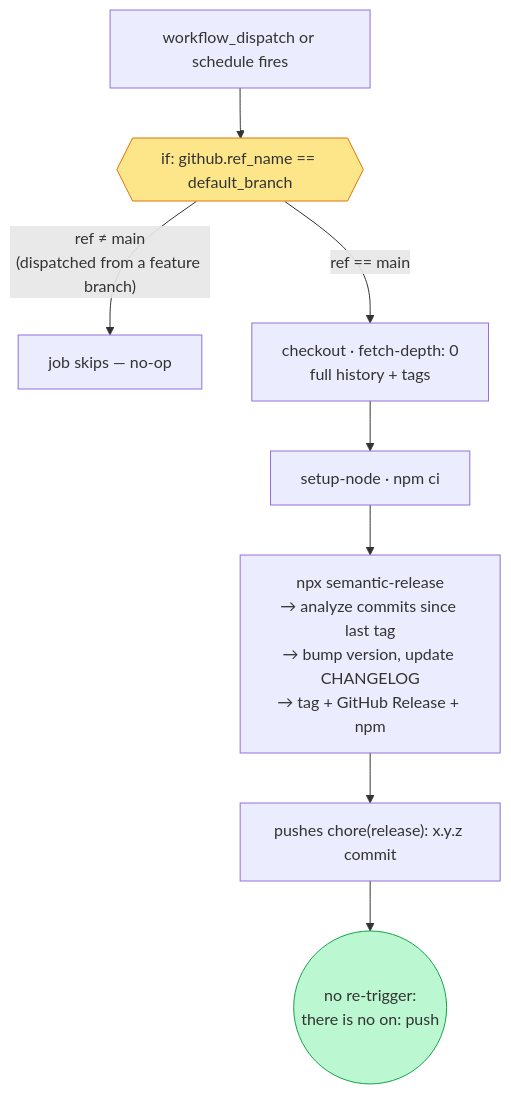
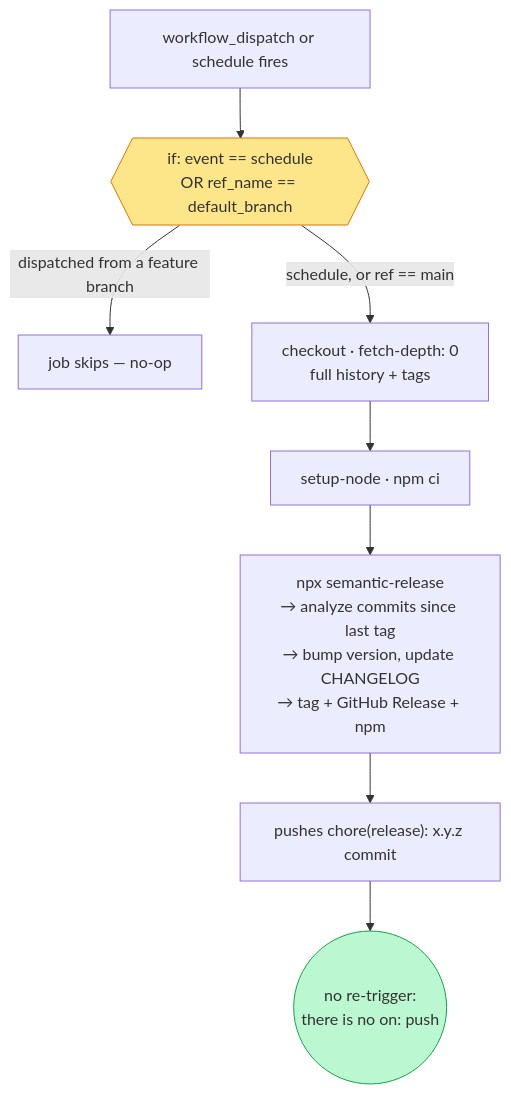
One commit to stealth-engine/skills changed the second of 2 diagrams in skills/pooled-release/reference/pooled-vs-unpooled.md. Above: the diagram before and after it, drawn with Mermaid. The commit also changed other lines of this file and 39 other files, not shown here.

````diff
--- a/skills/pooled-release/reference/pooled-vs-unpooled.md
+++ b/skills/pooled-release/reference/pooled-vs-unpooled.md
@@ -58,13 +58,13 @@
 ```mermaid
 flowchart TD
-    A[workflow_dispatch or schedule fires] --> G{{"if: github.ref_name == default_branch"}}
-    G -- "ref ≠ main<br/>(dispatched from a feature branch)" --> SKIP["job skips — no-op"]
-    G -- "ref == main" --> C["checkout · fetch-depth: 0<br/>full history + tags"]
+    A[workflow_dispatch or schedule fires] --> G{{"if: event == schedule<br/>OR ref_name == default_branch"}}
+    G -- "dispatched from a feature branch" --> SKIP["job skips — no-op"]
+    G -- "schedule, or ref == main" --> C["checkout · fetch-depth: 0<br/>full history + tags"]
     C --> N[setup-node · npm ci]
     N --> S["npx semantic-release<br/>→ analyze commits since last tag<br/>→ bump version, update CHANGELOG<br/>→ tag + GitHub Release + npm"]
     S --> P["pushes chore(release): x.y.z commit"]
     P --> END(("no re-trigger:<br/>there is no on: push"))
 
     style G fill:#fde68a,stroke:#d97706
     style END fill:#bbf7d0,stroke:#16a34a
 ```
````
